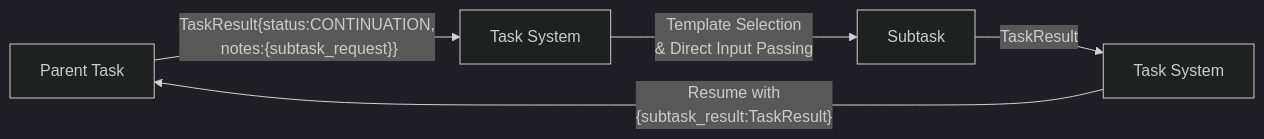
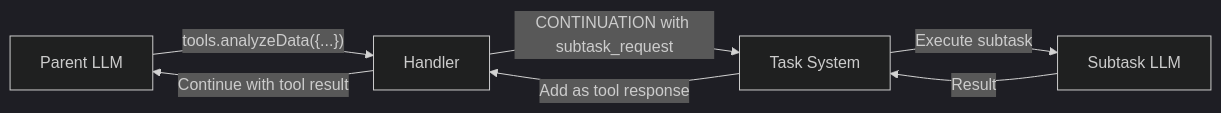
Before and after one commit to hoidn/proposals: the second of 2 diagrams in claude/docs/system/architecture/overview.md, drawn with Mermaid (dark theme). The commit also changed other lines of this file and 6 other files, not shown here.

````diff
--- a/claude/docs/system/architecture/overview.md
+++ b/claude/docs/system/architecture/overview.md
@@ -347,7 +347,9 @@
    ```mermaid
    flowchart LR
-       A[Parent Task] -->|"TaskResult{status:CONTINUATION,\n notes:{subtask_request}}"| B[Task System]
-       B -->|"Template Selection\n& Direct Input Passing"| C[Subtask]
-       C -->|"TaskResult"| D[Task System]
-       D -->|"Resume with\n{subtask_result:TaskResult}"| A
+       A[Parent LLM] -->|"tools.analyzeData({...})"| B[Handler]
+       B -->|CONTINUATION with subtask_request| C[Task System]
+       C -->|Execute subtask| D[Subtask LLM]
+       D -->|Result| C
+       C -->|Add as tool response| B
+       B -->|Continue with tool result| A
    ```
````
